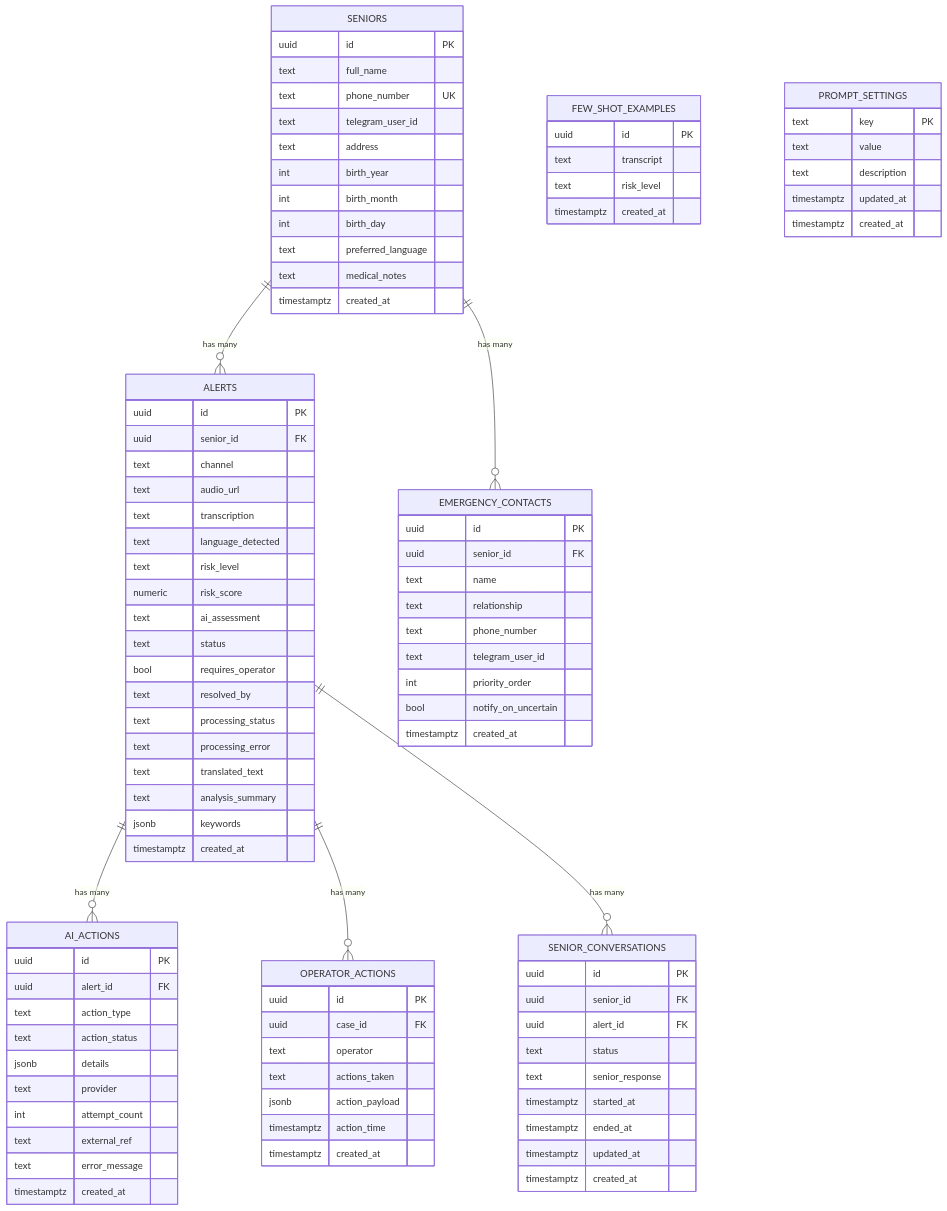
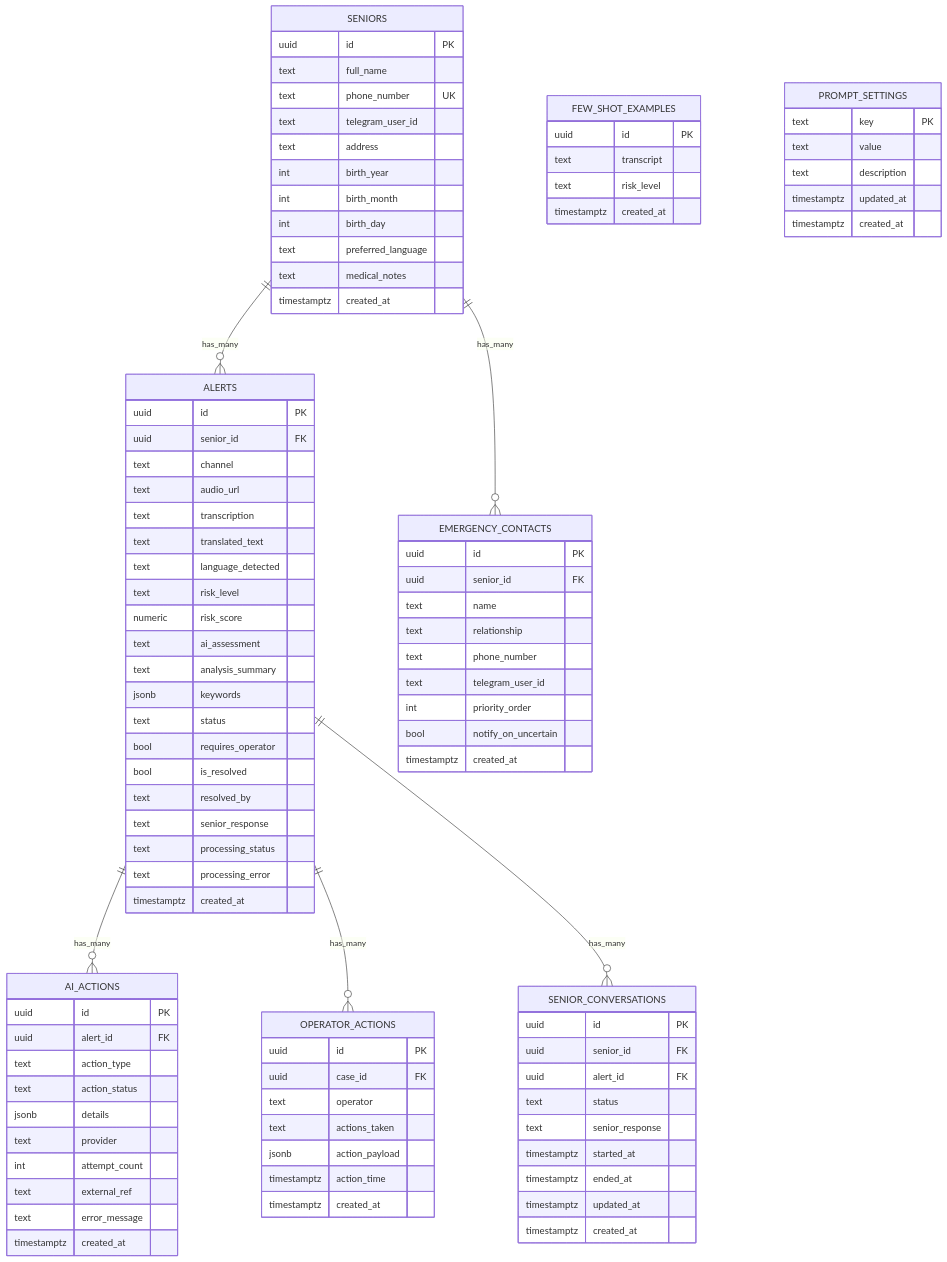
Before and after one commit to brucewzj99/PersonalAlertPlus: the third of 3 diagrams in flowchart.md, drawn with Mermaid. The commit also changed other lines of this file and 56 other files, not shown here.

````diff
--- a/flowchart.md
+++ b/flowchart.md
@@ -206,10 +186,10 @@
 ```mermaid
 erDiagram
-    SENIORS ||--o{ ALERTS : "has many"
-    SENIORS ||--o{ EMERGENCY_CONTACTS : "has many"
-    ALERTS ||--o{ AI_ACTIONS : "has many"
-    ALERTS ||--o{ OPERATOR_ACTIONS : "has many"
-    ALERTS ||--o{ SENIOR_CONVERSATIONS : "has many"
+    SENIORS ||--o{ ALERTS : has_many
+    SENIORS ||--o{ EMERGENCY_CONTACTS : has_many
+    ALERTS ||--o{ AI_ACTIONS : has_many
+    ALERTS ||--o{ OPERATOR_ACTIONS : has_many
+    ALERTS ||--o{ SENIOR_CONVERSATIONS : has_many
 
     SENIORS {
         uuid id PK
@@ -243,18 +223,20 @@
         text channel
         text audio_url
         text transcription
+        text translated_text
         text language_detected
         text risk_level
         numeric risk_score
         text ai_assessment
+        text analysis_summary
+        jsonb keywords
         text status
         bool requires_operator
+        bool is_resolved
         text resolved_by
+        text senior_response
         text processing_status
         text processing_error
-        text translated_text
-        text analysis_summary
-        jsonb keywords
         timestamptz created_at
     }
 
@@ -281,13 +263,6 @@
         timestamptz created_at
     }
 
-    FEW_SHOT_EXAMPLES {
-        uuid id PK
-        text transcript
-        text risk_level
-        timestamptz created_at
-    }
-
     SENIOR_CONVERSATIONS {
         uuid id PK
         uuid senior_id FK
@@ -300,6 +275,13 @@
         timestamptz created_at
     }
 
+    FEW_SHOT_EXAMPLES {
+        uuid id PK
+        text transcript
+        text risk_level
+        timestamptz created_at
+    }
+
     PROMPT_SETTINGS {
         text key PK
         text value
````
